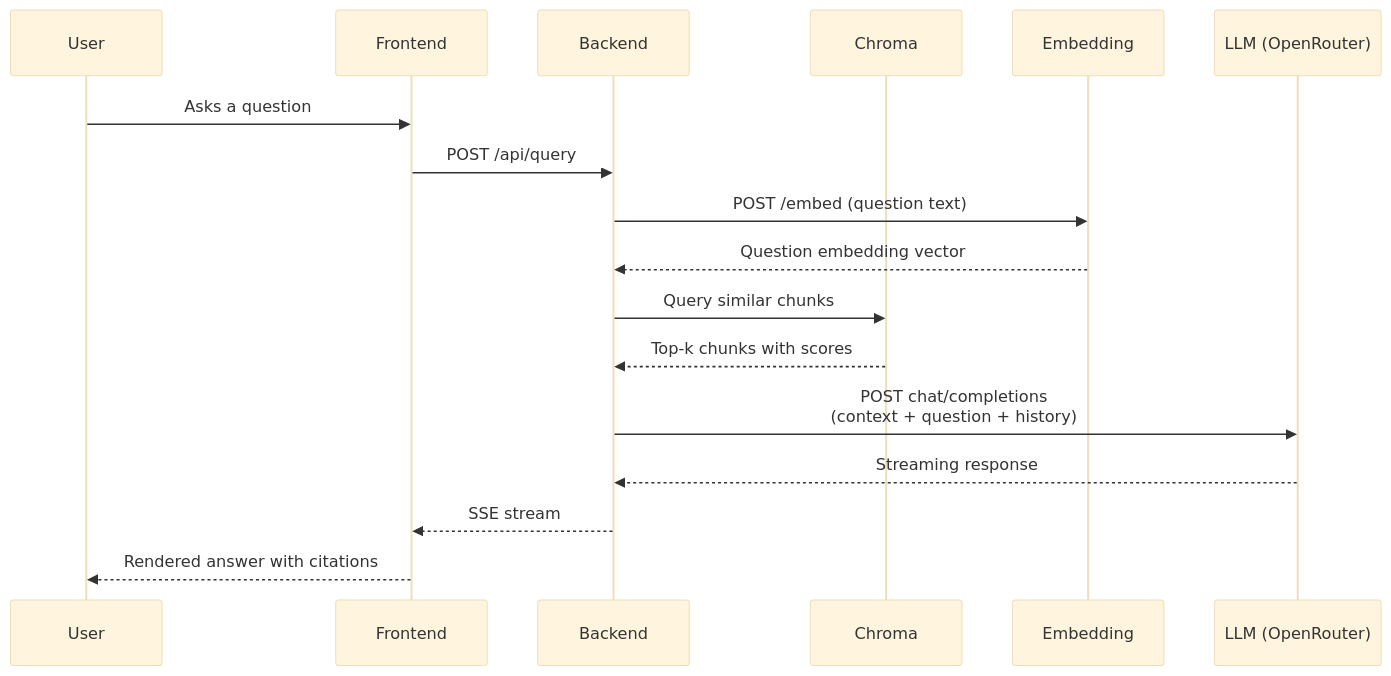
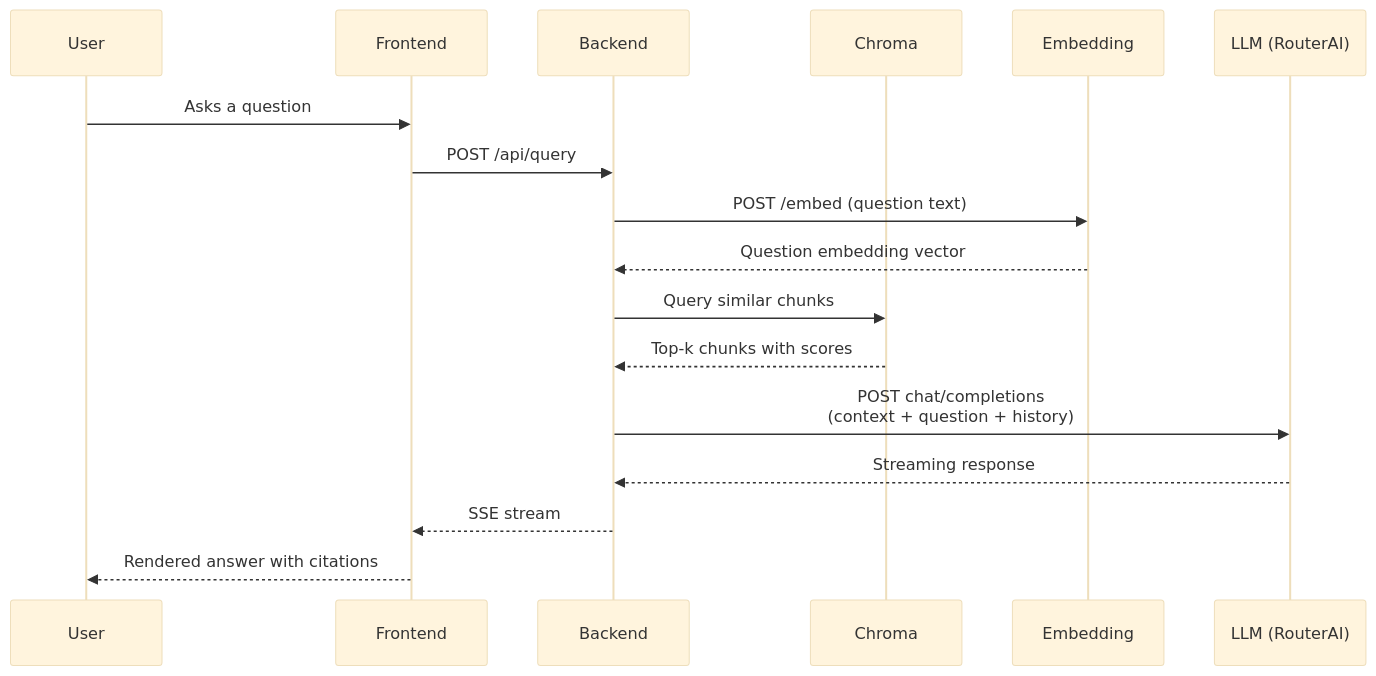
One commit to n-marusov/vedo-help changed the third of 3 diagrams in docs/architecture.md. Above: the diagram before and after it, drawn with Mermaid (base theme). The commit also changed other lines of this file and 23 other files, not shown here.

First line of the commit message:
refactor: replace OpenRouter with RouterAI as LLM provider

````diff
--- a/docs/architecture.md
+++ b/docs/architecture.md
@@ -205,20 +205,20 @@
 ```mermaid
 sequenceDiagram
     participant U as User
     participant F as Frontend
     participant B as Backend
     participant C as Chroma
     participant E as Embedding
-    participant L as LLM (OpenRouter)
+    participant L as LLM (RouterAI)
 
     U->>F: Asks a question
     F->>B: POST /api/query
     B->>E: POST /embed (question text)
     E-->>B: Question embedding vector
     B->>C: Query similar chunks
     C-->>B: Top-k chunks with scores
     B->>L: POST chat/completions<br/>(context + question + history)
     L-->>B: Streaming response
     B-->>F: SSE stream
     F-->>U: Rendered answer with citations
 ```
````
